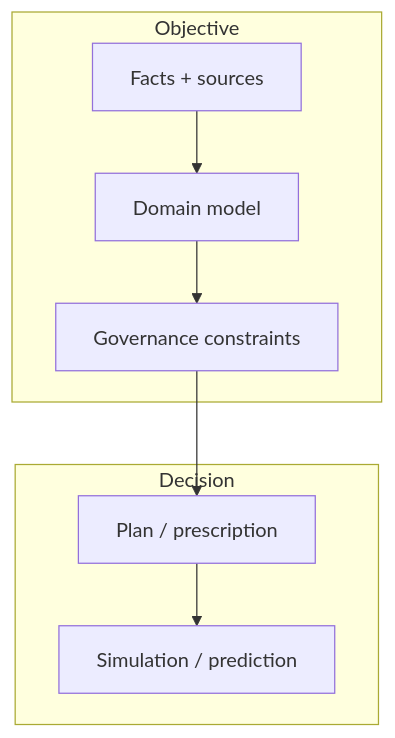
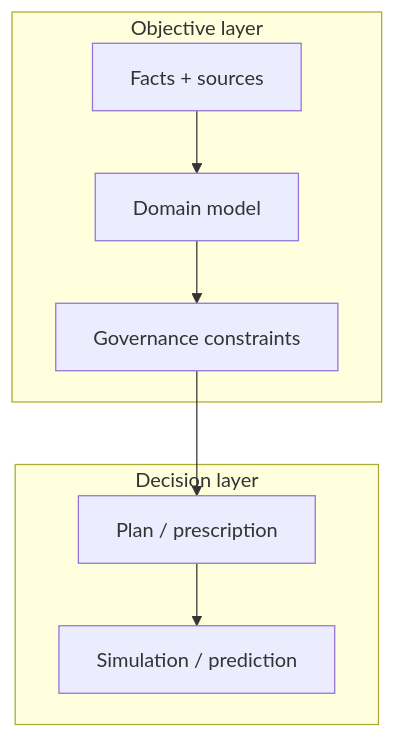
One commit to 5Reasons/5reasons.github.io changed the second of 8 diagrams in docs/methodology/index.md. Above: the diagram before and after it, drawn with Mermaid. The commit also changed other lines of this file and 19 other files, not shown here.

First line of the commit message:
Enhance documentation on probabilistic AI, governance, and decision-grade systems

````diff
--- a/docs/methodology/index.md
+++ b/docs/methodology/index.md
@@ -39,13 +66,13 @@
 ```mermaid
-flowchart TB
-  subgraph Objective
-    F[Facts + sources]
-    M[Domain model]
-    G[Governance constraints]
-  end
-  subgraph Decision
-    P[Plan / prescription]
-    S[Simulation / prediction]
-  end
-  F --> M --> G --> P --> S
+flowchart TB;
+  subgraph Objective["Objective layer"];
+    F["Facts + sources"];
+    M["Domain model"];
+    G["Governance constraints"];
+  end;
+  subgraph Decision["Decision layer"];
+    P["Plan / prescription"];
+    S["Simulation / prediction"];
+  end;
+  F --> M --> G --> P --> S;
 ```
````
